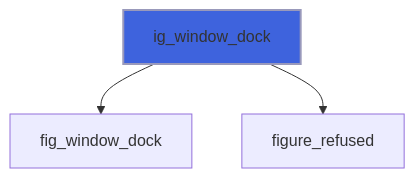
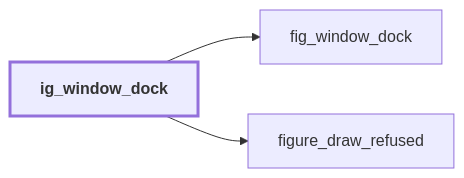
The sixth of 9 diagrams in docs/api/src/lib/figure_dock.md (szaghi/figure), drawn with Mermaid before and after one commit. The commit also changed other lines of this file and 54 other files, not shown here.

````diff
--- a/docs/api/src/lib/figure_dock.md
+++ b/docs/api/src/lib/figure_dock.md
@@ -196,6 +221,9 @@
 ```mermaid
-flowchart TD
+flowchart LR
   ig_window_dock["ig_window_dock"] --> fig_window_dock["fig_window_dock"]
-  ig_window_dock["ig_window_dock"] --> figure_refused["figure_refused"]
-  style ig_window_dock fill:#3e63dd,stroke:#99b,stroke-width:2px
+  ig_window_dock["ig_window_dock"] --> figure_draw_refused["figure_draw_refused"]
+  classDef focus stroke-width:3px,font-weight:bold
+  class ig_window_dock focus
+  click figure_draw_refused href "figure_base.html#figure-draw-refused" "figure_draw_refused"
+  click fig_window_dock href "figure_c_native.html#fig-window-dock" "fig_window_dock"
 ```
````
